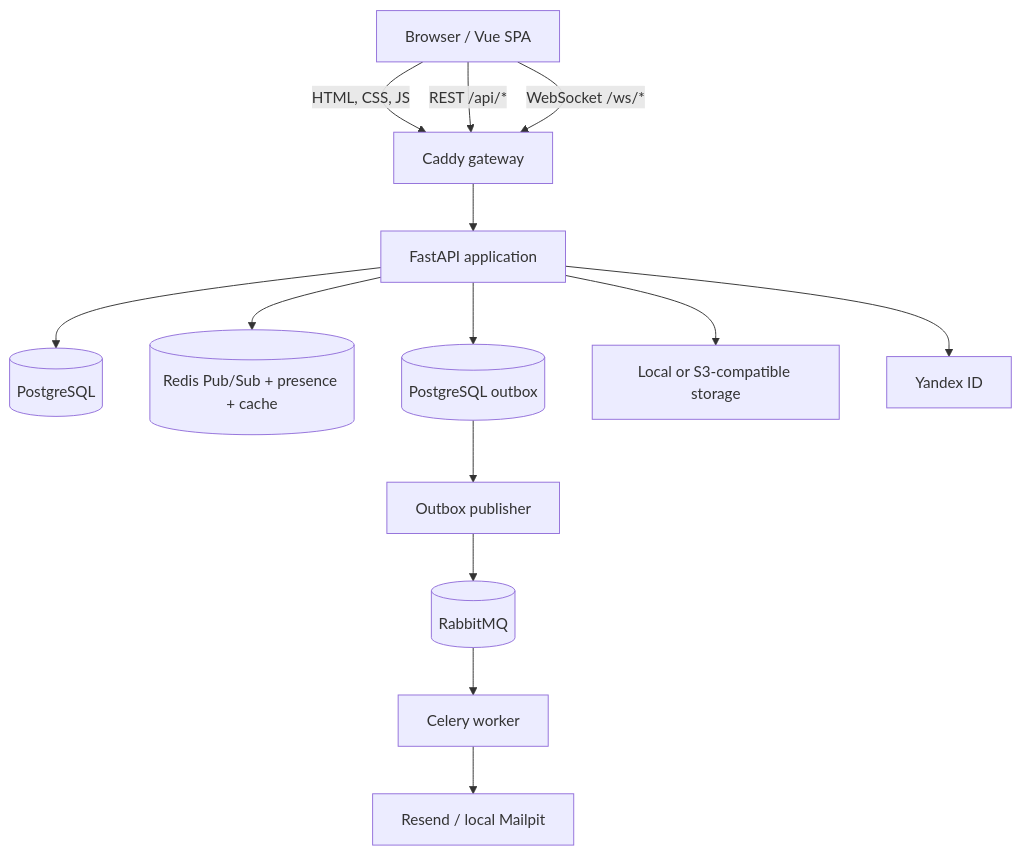
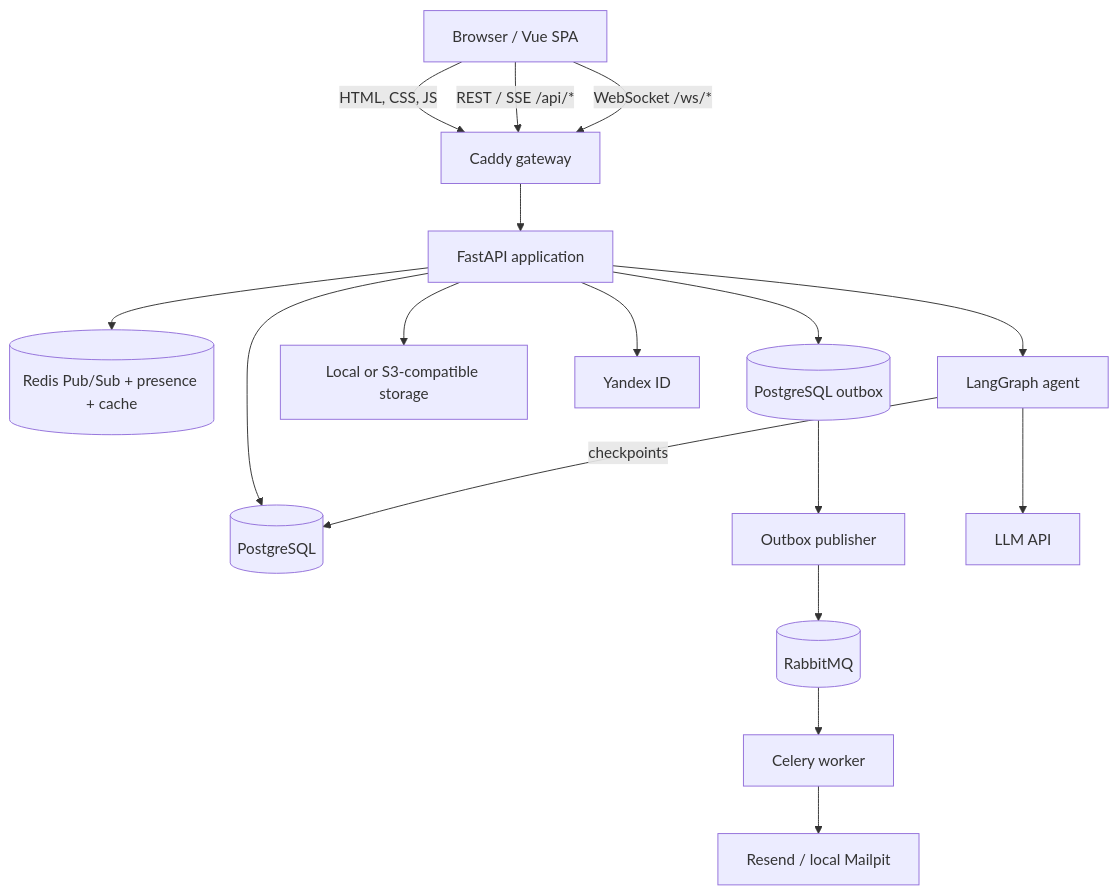
One commit to Ilm1n/Kantano changed the first of 4 diagrams in docs/architecture.md. Above: the diagram before and after it, drawn with Mermaid. The commit also changed other lines of this file and 8 other files, not shown here.

````diff
--- a/docs/architecture.md
+++ b/docs/architecture.md
@@ -7,26 +7,29 @@
 ```mermaid
 flowchart TB
     client["Browser / Vue SPA"]
     gateway["Caddy gateway"]
     api["FastAPI application"]
     postgres[("PostgreSQL")]
     redis[("Redis Pub/Sub + presence + cache")]
     outbox[("PostgreSQL outbox")]
     publisher["Outbox publisher"]
     rabbit[("RabbitMQ")]
     worker["Celery worker"]
     email["Resend / local Mailpit"]
     files["Local or S3-compatible storage"]
     oauth["Yandex ID"]
 
     client -->|"HTML, CSS, JS"| gateway
-    client -->|"REST /api/*"| gateway
+    client -->|"REST / SSE /api/*"| gateway
     client -->|"WebSocket /ws/*"| gateway
     gateway --> api
     api --> postgres
     api --> redis
     api --> files
     api --> oauth
+    api --> agent["LangGraph agent"]
+    agent --> llm["LLM API"]
+    agent -->|"checkpoints"| postgres
     api --> outbox
     outbox --> publisher --> rabbit --> worker --> email
 ```
````
